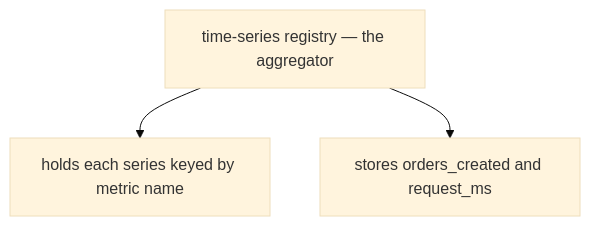
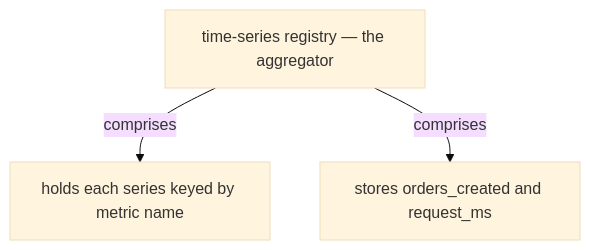
One commit to vinayakuber/microservices-io-study-guide changed the seventh of 14 diagrams in docs/ch31-application-metrics.md. Above: the diagram before and after it, drawn with Mermaid (base theme). The commit also changed other lines of this file and 71 other files, not shown here.

First line of the commit message:
R18: label every diagram arrow with its meaning

````diff
--- a/docs/ch31-application-metrics.md
+++ b/docs/ch31-application-metrics.md
@@ -198,6 +198,6 @@
 ```mermaid
 flowchart TD
   R["time-series registry — the aggregator"]
-  R --> P0["holds each series keyed by metric name"]
-  R --> P1["stores orders_created and request_ms"]
+  R -->|"comprises"| P0["holds each series keyed by metric name"]
+  R -->|"comprises"| P1["stores orders_created and request_ms"]
 ```
````
